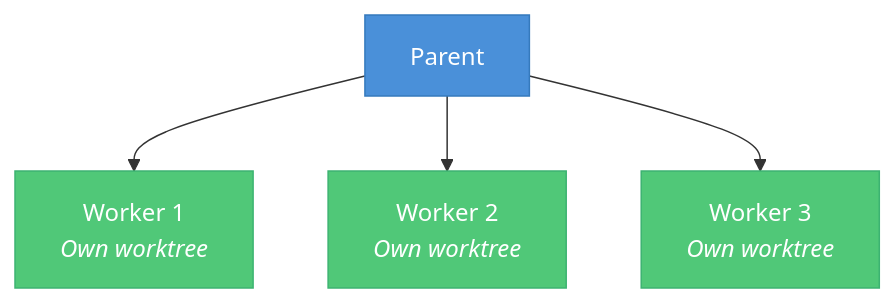
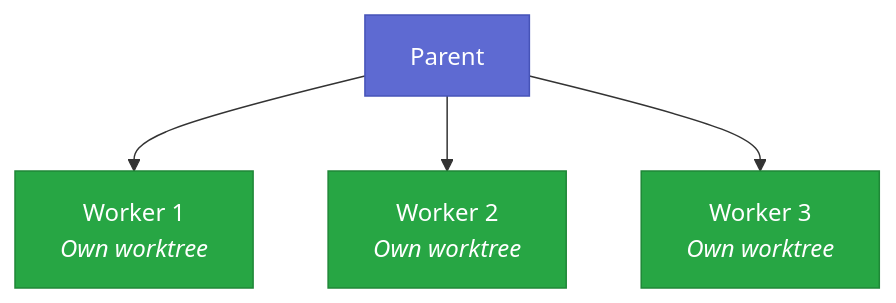
The seventh of 9 diagrams in README.md (ao92265/claude-code-playbook), drawn with Mermaid before and after one commit. The commit also changed other lines of this file and 2 other files, not shown here.

First line of the commit message:
docs: visual upgrade — branded hero, unified diagram design system (#14)

````diff
--- a/README.md
+++ b/README.md
@@ -534,11 +555,11 @@
 ```mermaid
 graph TB
     P["Parent"] --> W1["Worker 1<br/><em>Own worktree</em>"]
     P --> W2["Worker 2<br/><em>Own worktree</em>"]
     P --> W3["Worker 3<br/><em>Own worktree</em>"]
 
-    style P fill:#4A90D9,stroke:#357ABD,color:#fff
-    style W1 fill:#50C878,stroke:#3CB371,color:#fff
-    style W2 fill:#50C878,stroke:#3CB371,color:#fff
-    style W3 fill:#50C878,stroke:#3CB371,color:#fff
+    classDef primary fill:#5E6AD2,stroke:#4653B8,color:#FFFFFF
+    classDef success fill:#27A644,stroke:#1F8737,color:#FFFFFF
+    class P primary
+    class W1,W2,W3 success
 ```
````
